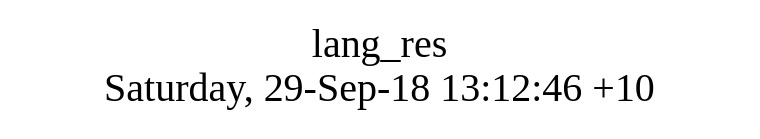
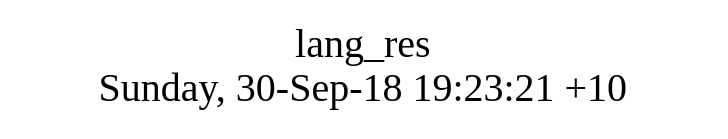
One commit to AlexZeDim/apps changed the diagram in src/lang_res/struct.dot. Above: the diagram before and after it, drawn with Graphviz. The commit also changed 13 other files, not shown here.

```diff
--- a/src/lang_res/struct.dot
+++ b/src/lang_res/struct.dot
@@ -1,8 +1,8 @@
 digraph G {
 fontsize="24";
-label="lang_res\nSaturday, 29-Sep-18 13:12:46 +10";
+label="lang_res\nSunday, 30-Sep-18 19:23:21 +10";
 nojustify=true;
 ordering=out;
 rankdir=LR;
 size="30";
 }
```
